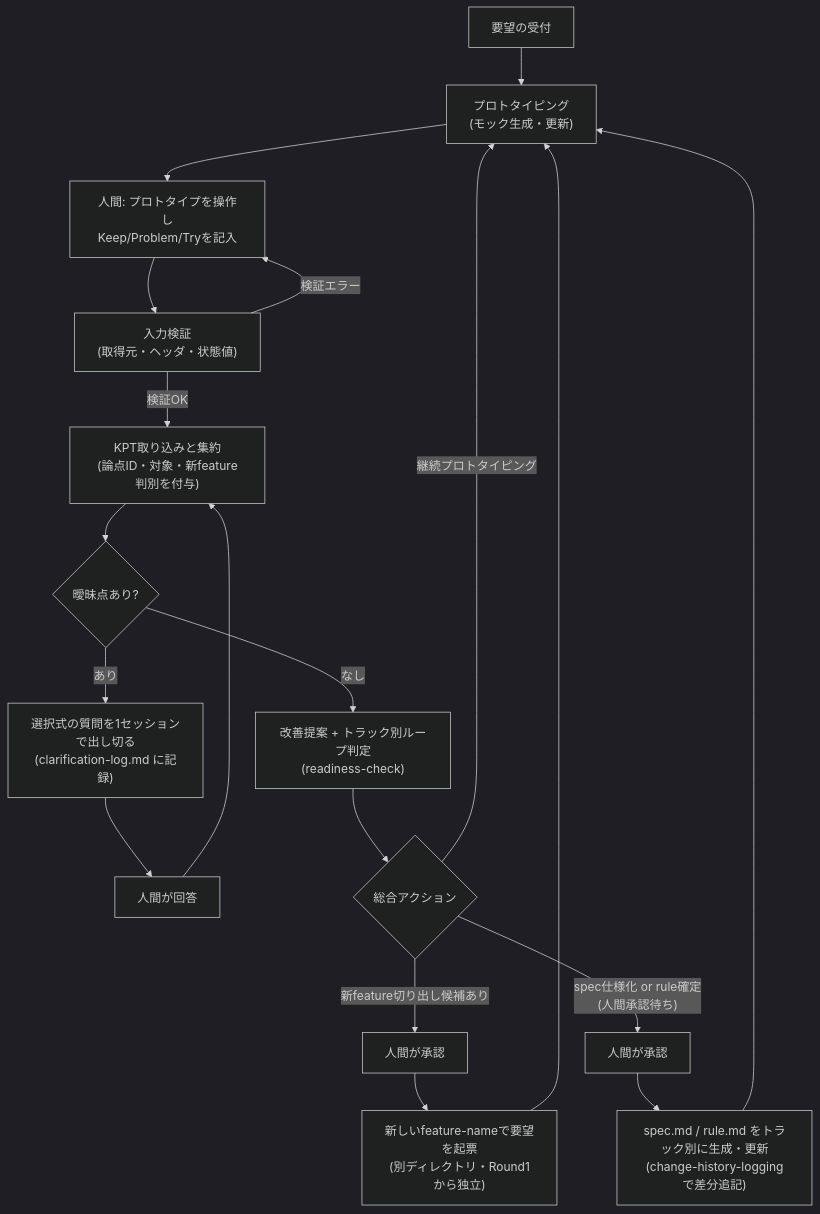
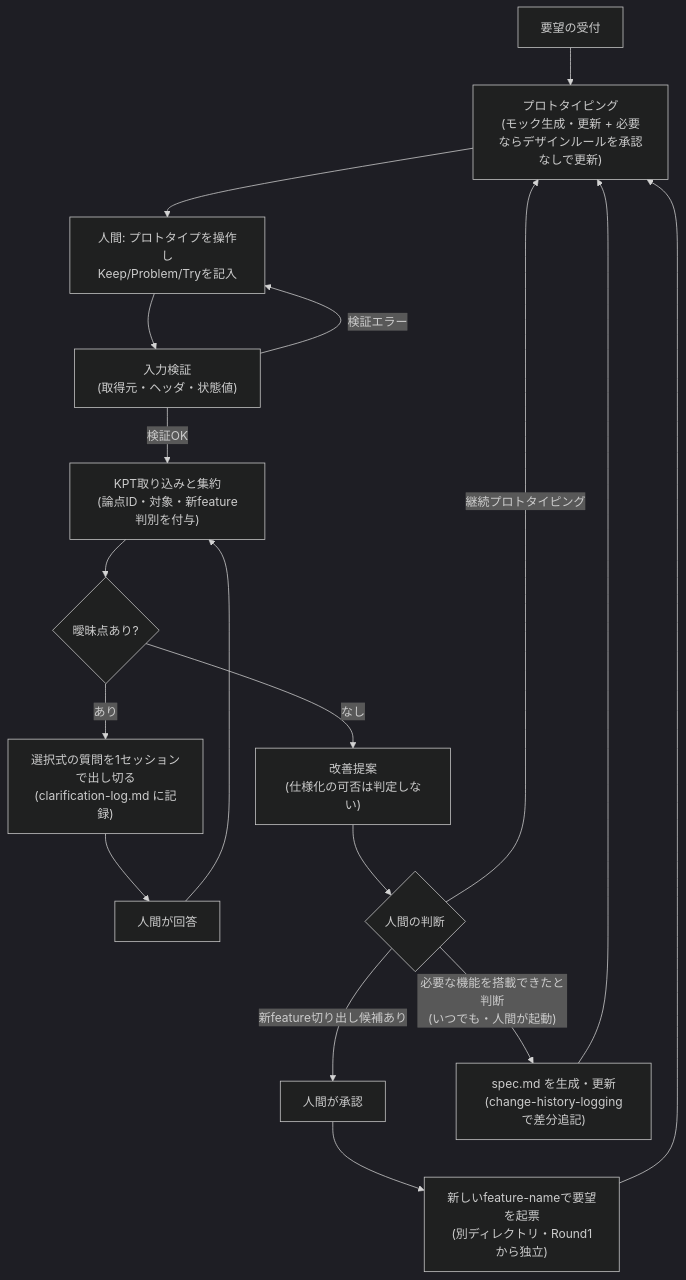
The first of 2 diagrams in docs/process/prototype-driven-flow.md (Aco-Lone/kpt-spec-proposer), drawn with Mermaid (dark theme) before and after one commit. The commit also changed other lines of this file, not shown here.

Commit message:
Rewrite prototype-driven-flow.md for new model (human spec, approval-free rule)

````diff
--- a/docs/process/prototype-driven-flow.md
+++ b/docs/process/prototype-driven-flow.md
@@ -34,21 +35,20 @@
 ```mermaid
 flowchart TD
-    A[要望の受付] --> B["プロトタイピング\n(モック生成・更新)"]
+    A[要望の受付] --> B["プロトタイピング\n(モック生成・更新 + 必要ならデザインルールを承認なしで更新)"]
     B --> C["人間: プロトタイプを操作し\nKeep/Problem/Tryを記入"]
     C --> D["入力検証\n(取得元・ヘッダ・状態値)"]
     D -- 検証エラー --> C
     D -- 検証OK --> E["KPT取り込みと集約\n(論点ID・対象・新feature判別を付与)"]
     E --> F{曖昧点あり?}
     F -- あり --> G["選択式の質問を1セッションで出し切る\n(clarification-log.md に記録)"]
     G --> H["人間が回答"]
     H --> E
-    F -- なし --> I["改善提案 + トラック別ループ判定\n(readiness-check)"]
-    I --> J{総合アクション}
+    F -- なし --> I["改善提案\n(仕様化の可否は判定しない)"]
+    I --> J{人間の判断}
     J -- 継続プロトタイピング --> B
     J -- 新feature切り出し候補あり --> K["人間が承認"]
     K --> L["新しいfeature-nameで要望を起票\n(別ディレクトリ・Round1から独立)"]
     L --> B
-    J -- "spec仕様化 or rule確定\n(人間承認待ち)" --> M["人間が承認"]
-    M --> N["spec.md / rule.md をトラック別に生成・更新\n(change-history-loggingで差分追記)"]
-    N --> B
+    J -- "必要な機能を搭載できたと判断\n(いつでも・人間が起動)" --> M["spec.md を生成・更新\n(change-history-loggingで差分追記)"]
+    M --> B
 ```
````
